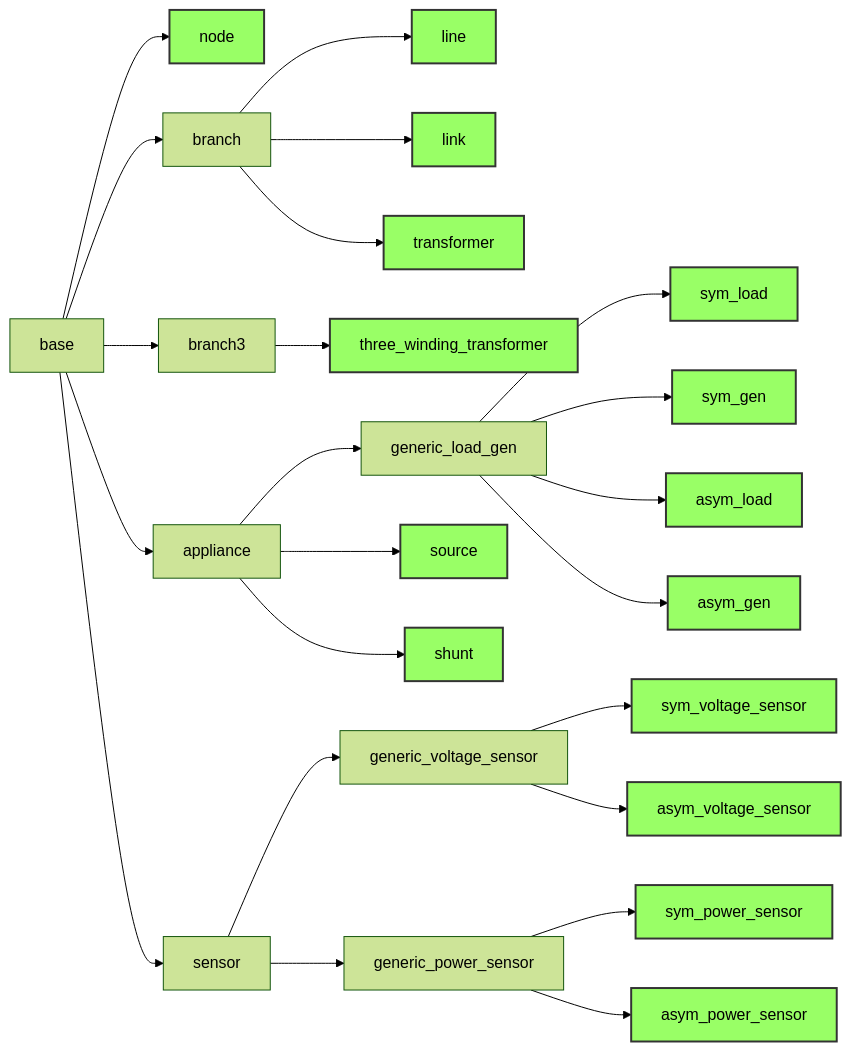
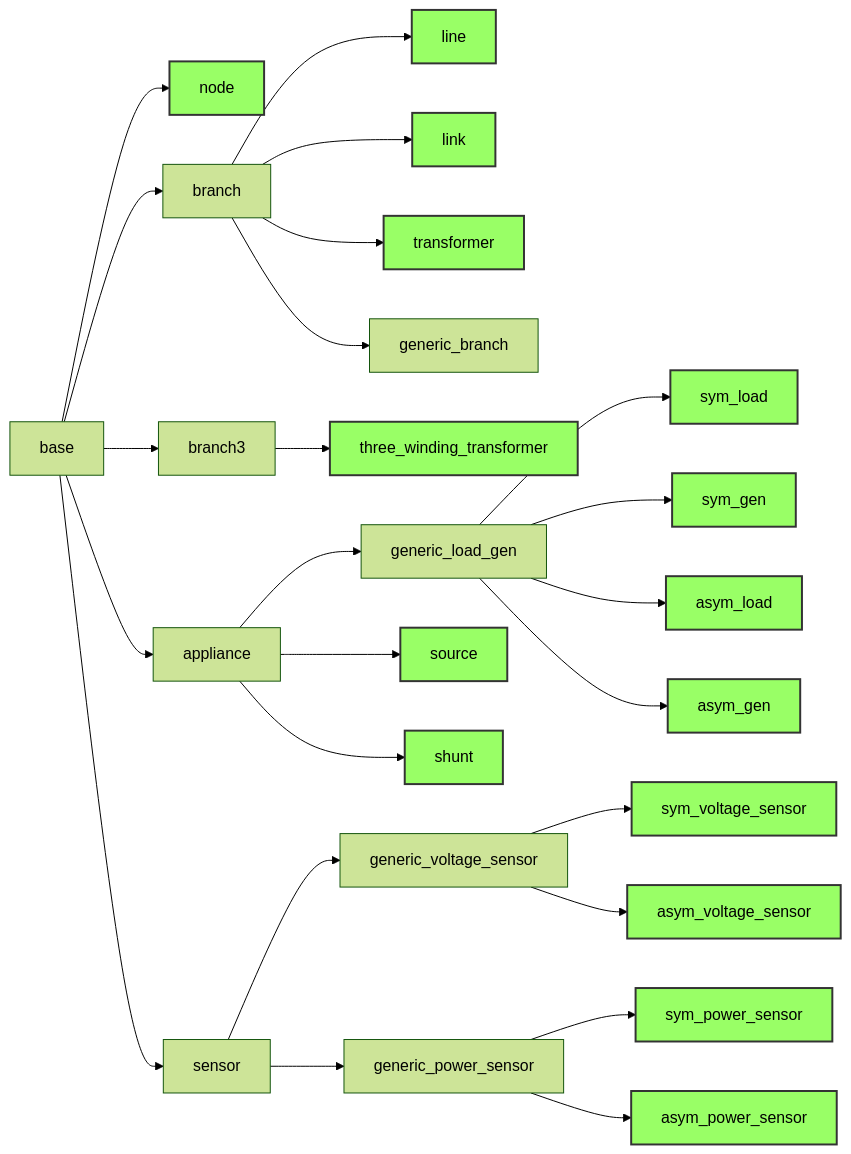
One commit to PowerGridModel/power-grid-model changed the diagram in docs/user_manual/data-model.md. Above: the diagram before and after it, drawn with Mermaid (forest theme). The commit also changed 9 other files, not shown here.

````diff
--- a/docs/user_manual/data-model.md
+++ b/docs/user_manual/data-model.md
@@ -16,28 +16,29 @@
 ```{mermaid}
 graph LR
     base-->node
     base-->branch
       branch-->line
       branch-->link
       branch-->transformer
+      branch-->generic_branch
     base-->branch3
       branch3-->three_winding_transformer
     base-->appliance
       appliance-->generic_load_gen
         generic_load_gen-->sym_load
         generic_load_gen-->sym_gen
         generic_load_gen-->asym_load
         generic_load_gen-->asym_gen
       appliance-->source
       appliance-->shunt
     base-->sensor
       sensor-->generic_voltage_sensor
         generic_voltage_sensor-->sym_voltage_sensor
         generic_voltage_sensor-->asym_voltage_sensor
       sensor-->generic_power_sensor
         generic_power_sensor-->sym_power_sensor
         generic_power_sensor-->asym_power_sensor
      
    classDef green fill:#9f6,stroke:#333,stroke-width:2px
    class node,line,link,transformer,three_winding_transformer,source,shunt,sym_load,sym_gen,asym_load,asym_gen,sym_voltage_sensor,asym_voltage_sensor,sym_power_sensor,asym_power_sensor green
 ```
````
